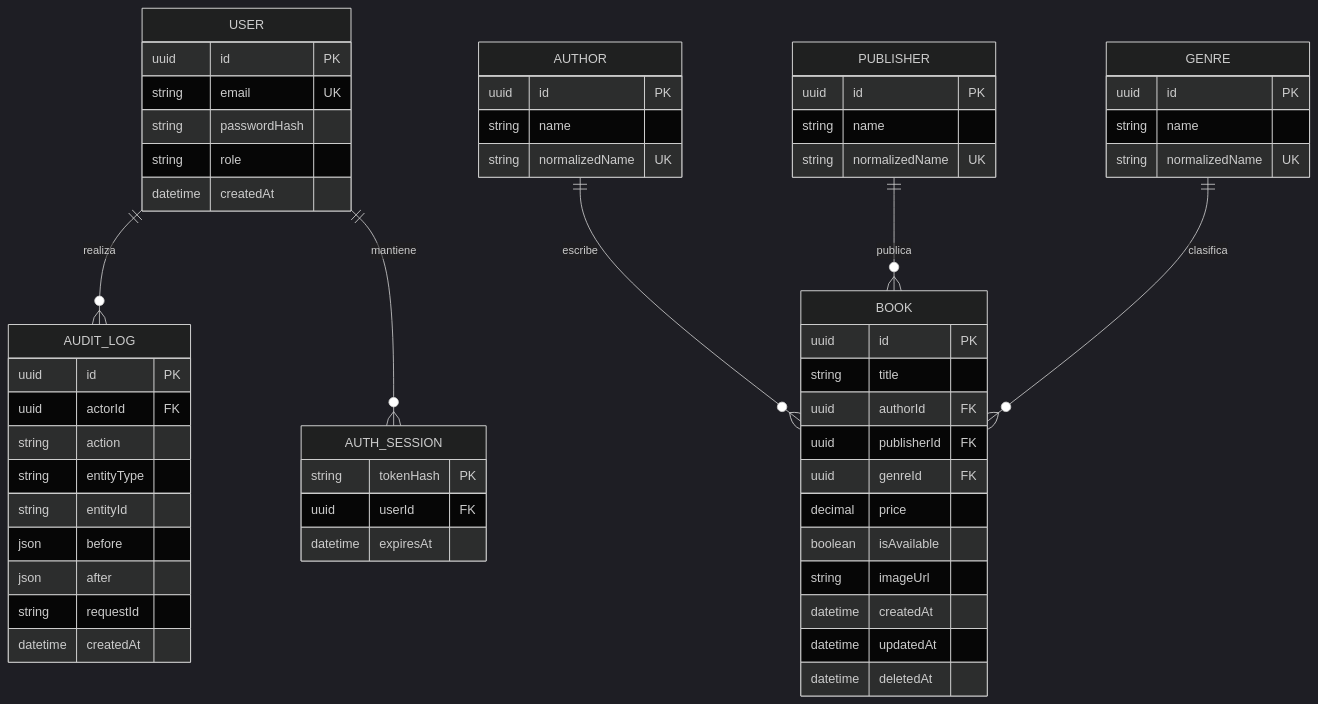
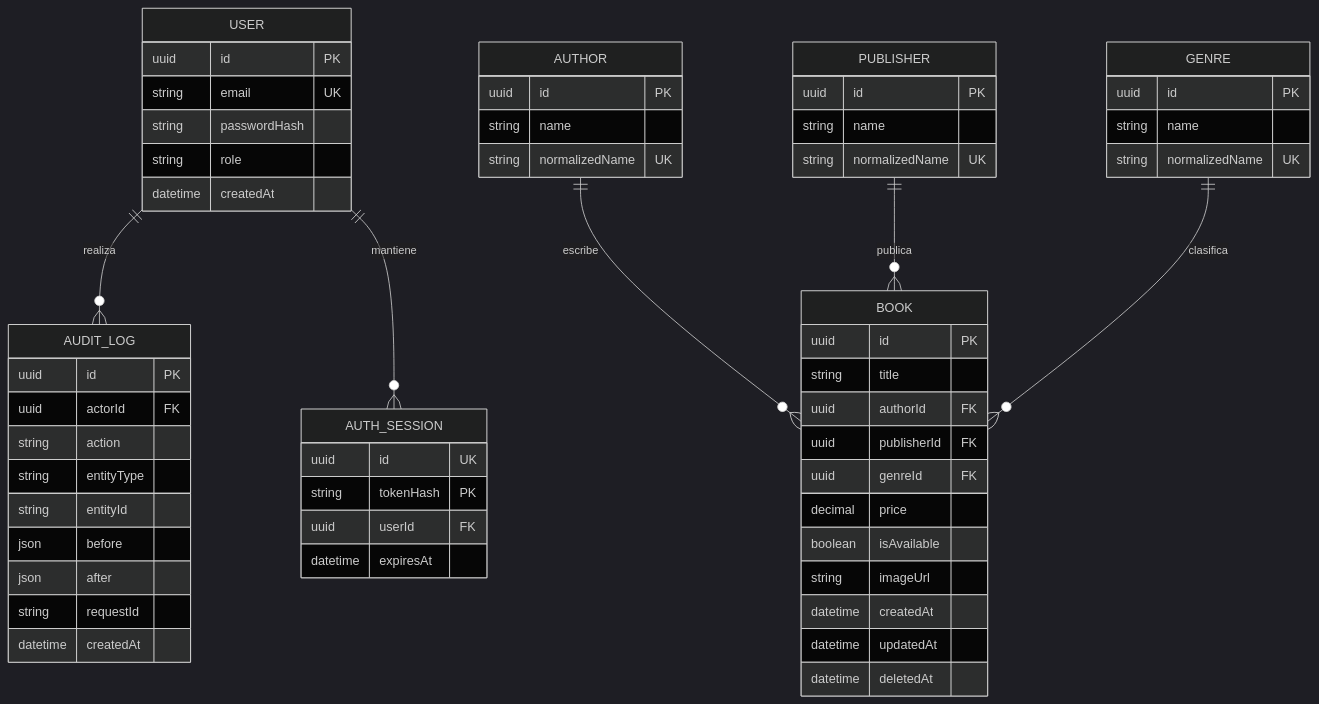
The diagram in docs/data-model.md (PatoFredesTi/prueba-tecnica-cmpc), drawn with Mermaid (dark theme) before and after one commit. The commit also changed other lines of this file and 44 other files, not shown here.

````diff
--- a/docs/data-model.md
+++ b/docs/data-model.md
@@ -5,59 +5,60 @@
 ```mermaid
 erDiagram
  USER ||--o{ AUDIT_LOG : realiza
  USER ||--o{ AUTH_SESSION : mantiene
  AUTHOR ||--o{ BOOK : escribe
  PUBLISHER ||--o{ BOOK : publica
  GENRE ||--o{ BOOK : clasifica
  USER {
   uuid id PK
   string email UK
   string passwordHash
   string role
   datetime createdAt
  }
  AUTH_SESSION {
+  uuid id UK
   string tokenHash PK
   uuid userId FK
   datetime expiresAt
  }
  AUTHOR {
   uuid id PK
   string name
   string normalizedName UK
  }
  PUBLISHER {
   uuid id PK
   string name
   string normalizedName UK
  }
  GENRE {
   uuid id PK
   string name
   string normalizedName UK
  }
  BOOK {
   uuid id PK
   string title
   uuid authorId FK
   uuid publisherId FK
   uuid genreId FK
   decimal price
   boolean isAvailable
   string imageUrl
   datetime createdAt
   datetime updatedAt
   datetime deletedAt
  }
  AUDIT_LOG {
   uuid id PK
   uuid actorId FK
   string action
   string entityType
   string entityId
   json before
   json after
   string requestId
   datetime createdAt
  }
 ```
````
